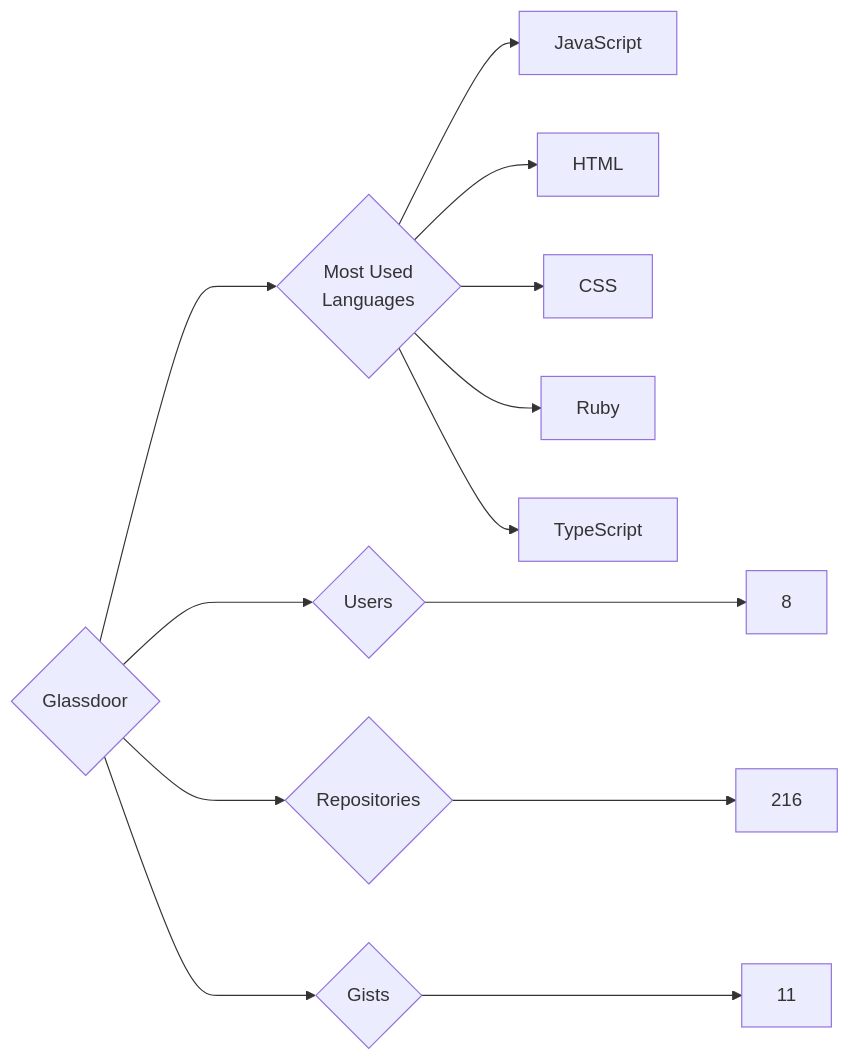
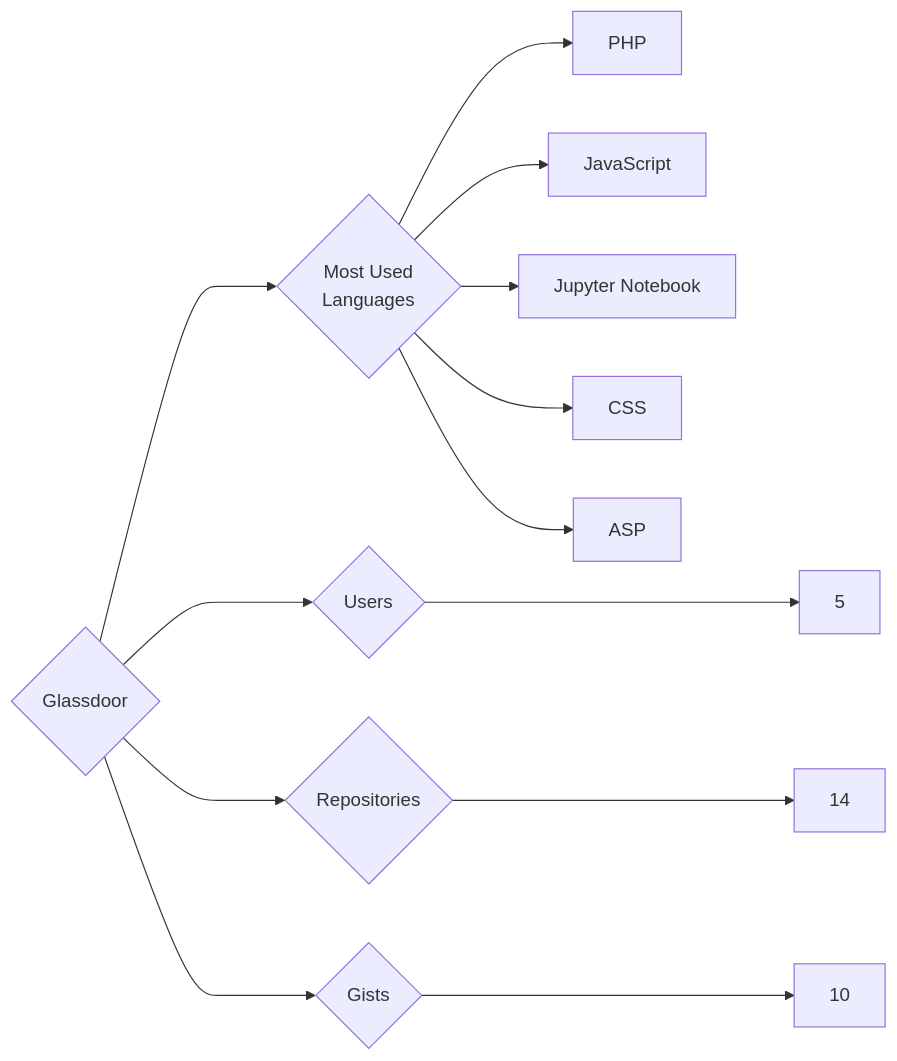
One commit to trickest/insiders changed the diagram in targets/Glassdoor/README.md. Above: the diagram before and after it, drawn with Mermaid. The commit also changed 1238 other files, not shown here.

````diff
--- a/targets/Glassdoor/README.md
+++ b/targets/Glassdoor/README.md
@@ -3,13 +3,13 @@
 ```mermaid
 graph LR
 COMPANY_NAME{Glassdoor}
-COMPANY_NAME ---> U{Users} ---> UN[8]
-COMPANY_NAME ---> R{Repositories} ---> RN[216]
-COMPANY_NAME ---> G{Gists} ---> GN[11]
+COMPANY_NAME ---> U{Users} ---> UN[5]
+COMPANY_NAME ---> R{Repositories} ---> RN[14]
+COMPANY_NAME ---> G{Gists} ---> GN[10]
 COMPANY_NAME ---> ML{Most Used<br>Languages}
+ML --> PHP[PHP]
 ML --> JavaScript[JavaScript]
-ML --> HTML[HTML]
+ML --> Jupyter_Notebook[Jupyter Notebook]
 ML --> CSS[CSS]
-ML --> Ruby[Ruby]
-ML --> TypeScript[TypeScript]
+ML --> ASP[ASP]
 ```
````
